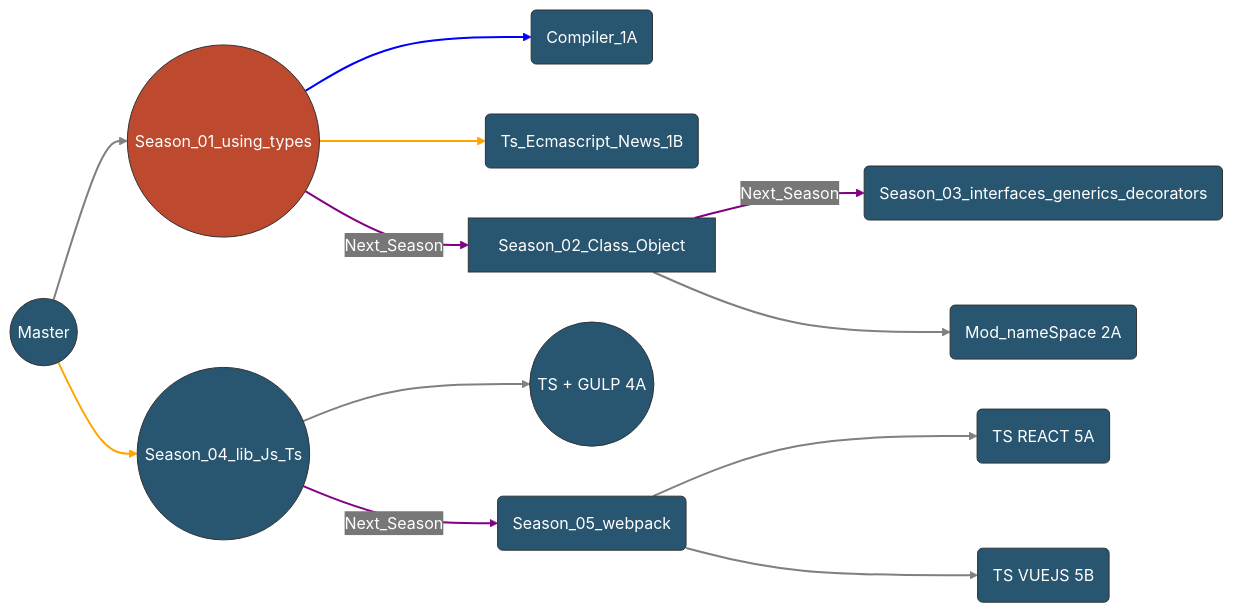
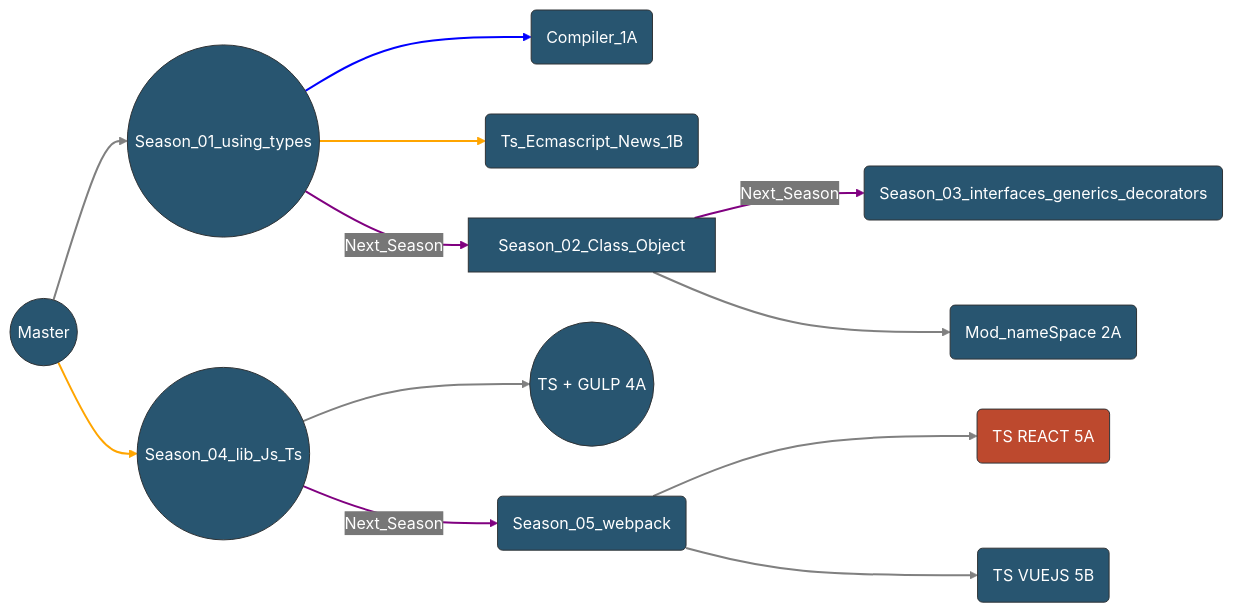
One commit to TeoNogueira/TypeScript-2022 changed the second of 2 diagrams in readme.md. Above: the diagram before and after it, drawn with Mermaid. The commit also changed other lines of this file, not shown here.

````diff
--- a/readme.md
+++ b/readme.md
@@ -53,51 +67,51 @@
   ```mermaid
 
 %%{init: {'theme': 'base', 'themeVariables': { 'primaryColor': '#285570', 'edgeLabelBackground':'#777777', 'tertiaryColor': '#285570', 'primaryTextColor': 'white', 'lineColor': '#D4EFDF'}}}%%
 
 flowchart LR;
 
- 1:::someclass
+ 5A:::someclass
     classDef someclass fill:#bd492e;
     
 1(Season_01) --> 1A(Compiler_1A) 
 1(Season_01) --> 1B(Ts_Ecmascript_News_1B) 
 A((Master)) --> 1((Season_01_using_types)) -->|Next_Season| 2((S_02)) --> |Next_Season| 3((S_03))
 2[Season_02_Class_Object]--> 2A(Mod_nameSpace 2A)
 
 3(Season_03_interfaces_generics_decorators) 
 4((Season_04_lib_Js_Ts)) --> 4A((TS + GULP 4A))
 A((Master)) --> 4((Season_04_lib_Js_Ts)) -->|Next_Season|5(S_05)
 
 
 5(Season_05) --> 5A(TS REACT 5A) 
 5(Season_05_webpack) --> 5B(TS VUEJS 5B)
 
 
 
      linkStyle 0 stroke-width:2px,fill:none,stroke:blue;
         linkStyle 1 stroke-width:2px,fill:none,stroke:orange;
         linkStyle 2 stroke-width:2px,fill:none,stroke:gray;
         linkStyle 3 stroke-width:2px,fill:none,stroke:purple;
         linkStyle 4 stroke-width:2px,fill:none,stroke:purple;
           linkStyle 5 stroke-width:2px,fill:none,stroke:gray;
           linkStyle 6 stroke-width:2px,fill:none,stroke:gray;
           linkStyle 7 stroke-width:2px,fill:none,stroke:orange;
           linkStyle 8 stroke-width:2px,fill:none,stroke:purple;
           linkStyle 9 stroke-width:2px,fill:none,stroke:gray;
           linkStyle 10 stroke-width:2px,fill:none,stroke:gray;
 
 
 click A "https://github.com/TeoNogueira/TypeScript-2022/tree/master"
 click 1 "https://github.com/TeoNogueira/TypeScript-2022/tree/season_01"
 click 1A "https://github.com/TeoNogueira/TypeScript-2022/tree/season_01_compiler"
 click 1B "https://github.com/TeoNogueira/TypeScript-2022/tree/season_01_b"
 click 2 "https://github.com/TeoNogueira/TypeScript-2022/tree/season_02"
 click 2A "https://github.com/TeoNogueira/TypeScript-2022/tree/season_02_b"
 click 3 "https://github.com/TeoNogueira/TypeScript-2022/tree/season_03"
 click 4 "https://github.com/TeoNogueira/TypeScript-2022/tree/season_04"
 click 4A "https://github.com/TeoNogueira/TypeScript-2022/tree/season_04_a"
 click 5 "https://github.com/TeoNogueira/TypeScript-2022/tree/season_05"
 click 5A "https://github.com/TeoNogueira/TypeScript-2022/tree/ts_react"
 click 5B "https://github.com/TeoNogueira/TypeScript-2022/tree/ts_vueJs"
 
  ```
````
